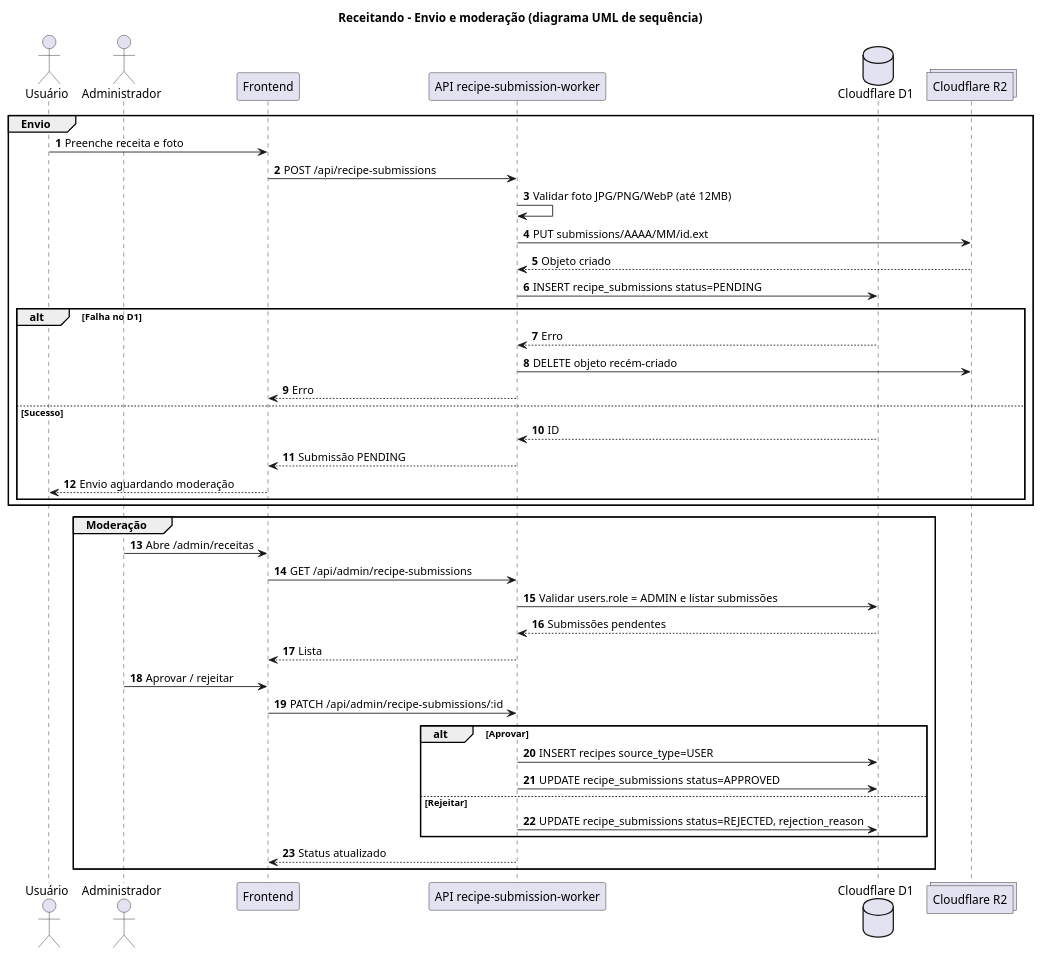
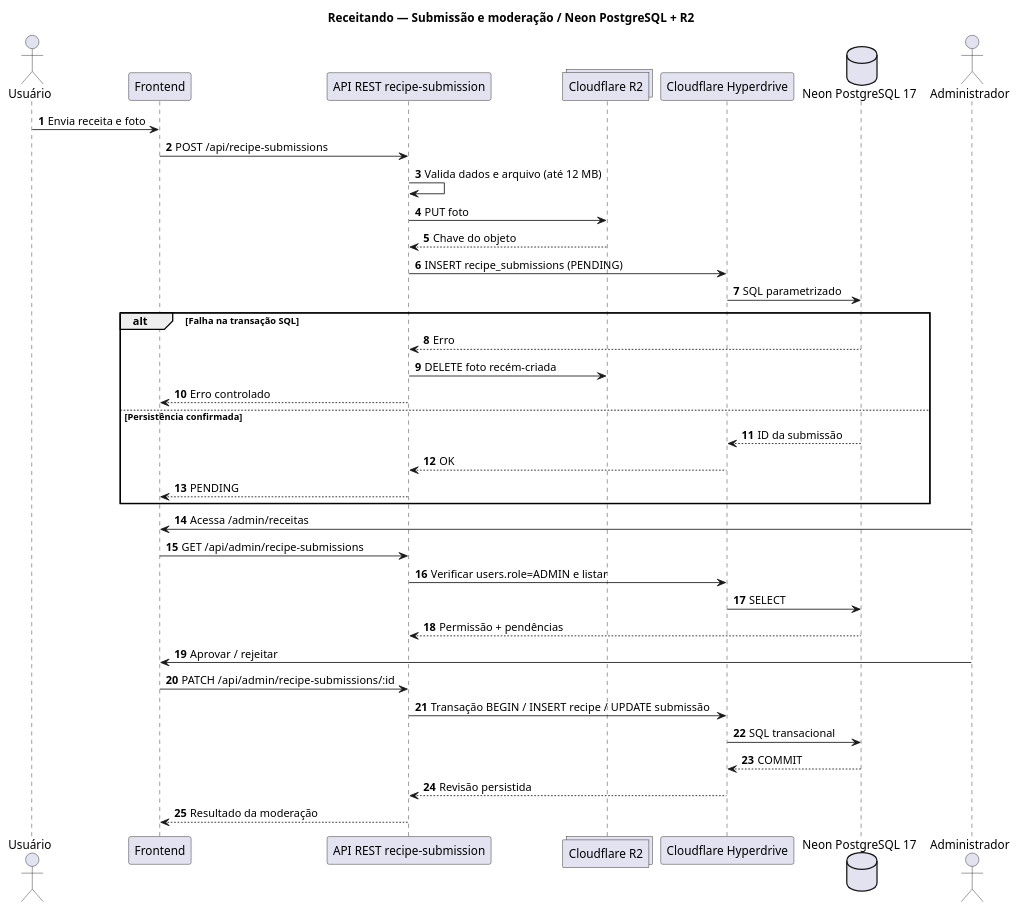
The diagram in receitando-diagrama-sequencia-envio-moderacao.puml (pitado/receitando), drawn with PlantUML before and after one commit. The commit also changed 25 other files, not shown here.

First line of the commit message:
Atualizar arquitetura Neon PostgreSQL: diagramas, README e limpeza de legados

```diff
--- a/receitando-diagrama-sequencia-envio-moderacao.puml
+++ b/receitando-diagrama-sequencia-envio-moderacao.puml
@@ -1,43 +1,39 @@
 @startuml
-title Receitando - Envio e moderação (diagrama UML de sequência)
+title Receitando — Submissão e moderação / Neon PostgreSQL + R2
 autonumber
-actor "Usuário" as User
-actor "Administrador" as Admin
-participant "Frontend" as Front
-participant "API recipe-submission-worker" as API
-database "Cloudflare D1" as DB
+actor "Usuário" as U
+participant "Frontend" as F
+participant "API REST recipe-submission" as A
 collections "Cloudflare R2" as R2
-group Envio
-User -> Front: Preenche receita e foto
-Front -> API: POST /api/recipe-submissions
-API -> API: Validar foto JPG/PNG/WebP (até 12MB)
-API -> R2: PUT submissions/AAAA/MM/id.ext
-R2 --> API: Objeto criado
-API -> DB: INSERT recipe_submissions status=PENDING
-alt Falha no D1
-DB --> API: Erro
-API -> R2: DELETE objeto recém-criado
-API --> Front: Erro
-else Sucesso
-DB --> API: ID
-API --> Front: Submissão PENDING
-Front --> User: Envio aguardando moderação
+participant "Cloudflare Hyperdrive" as H
+database "Neon PostgreSQL 17" as PG
+actor "Administrador" as ADM
+U -> F : Envia receita e foto
+F -> A : POST /api/recipe-submissions
+A -> A : Valida dados e arquivo (até 12 MB)
+A -> R2 : PUT foto
+R2 --> A : Chave do objeto
+A -> H : INSERT recipe_submissions (PENDING)
+H -> PG : SQL parametrizado
+alt Falha na transação SQL
+  PG --> A : Erro
+  A -> R2 : DELETE foto recém-criada
+  A --> F : Erro controlado
+else Persistência confirmada
+  PG --> H : ID da submissão
+  H --> A : OK
+  A --> F : PENDING
 end
-end
-group Moderação
-Admin -> Front: Abre /admin/receitas
-Front -> API: GET /api/admin/recipe-submissions
-API -> DB: Validar users.role = ADMIN e listar submissões
-DB --> API: Submissões pendentes
-API --> Front: Lista
-Admin -> Front: Aprovar / rejeitar
-Front -> API: PATCH /api/admin/recipe-submissions/:id
-alt Aprovar
-API -> DB: INSERT recipes source_type=USER
-API -> DB: UPDATE recipe_submissions status=APPROVED
-else Rejeitar
-API -> DB: UPDATE recipe_submissions status=REJECTED, rejection_reason
-end
-API --> Front: Status atualizado
-end
+ADM -> F : Acessa /admin/receitas
+F -> A : GET /api/admin/recipe-submissions
+A -> H : Verificar users.role=ADMIN e listar
+H -> PG : SELECT
+PG --> A : Permissão + pendências
+ADM -> F : Aprovar / rejeitar
+F -> A : PATCH /api/admin/recipe-submissions/:id
+A -> H : Transação BEGIN / INSERT recipe / UPDATE submissão
+H -> PG : SQL transacional
+PG --> H : COMMIT
+H --> A : Revisão persistida
+A --> F : Resultado da moderação
 @enduml
```
